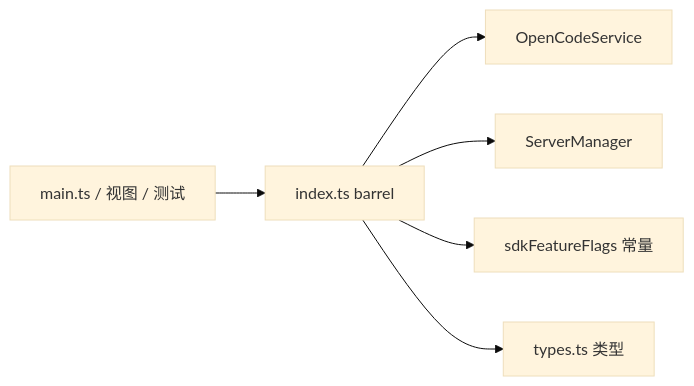
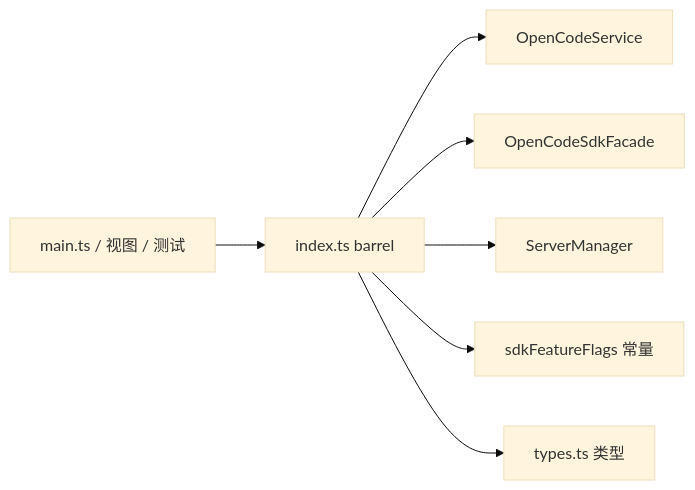
The diagram in docs/modules/core/opencode/index.md (OCDcreator/opencodian), drawn with Mermaid (base theme) before and after one commit. The commit also changed other lines of this file and 39 other files, not shown here.

Commit message:
Add SDK facade and MCP tool metadata support

````diff
--- a/docs/modules/core/opencode/index.md
+++ b/docs/modules/core/opencode/index.md
@@ -62,8 +66,9 @@
 ```mermaid
 graph LR
     A[main.ts / 视图 / 测试] --> B[index.ts barrel]
     B --> C[OpenCodeService]
-    B --> D[ServerManager]
-    B --> E[sdkFeatureFlags 常量]
-    B --> F[types.ts 类型]
+    B --> D[OpenCodeSdkFacade]
+    B --> E[ServerManager]
+    B --> F[sdkFeatureFlags 常量]
+    B --> G[types.ts 类型]
 ```
````
